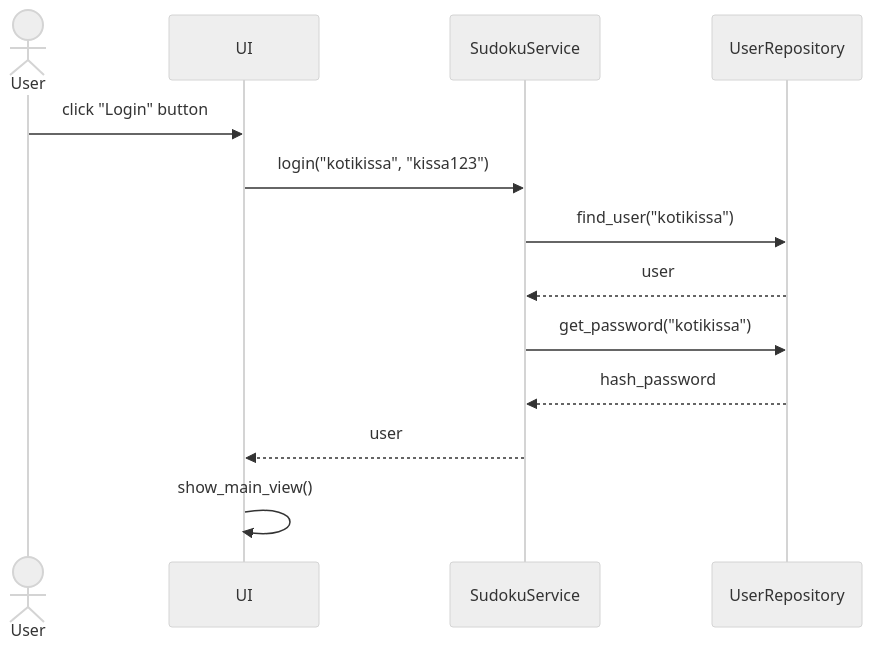
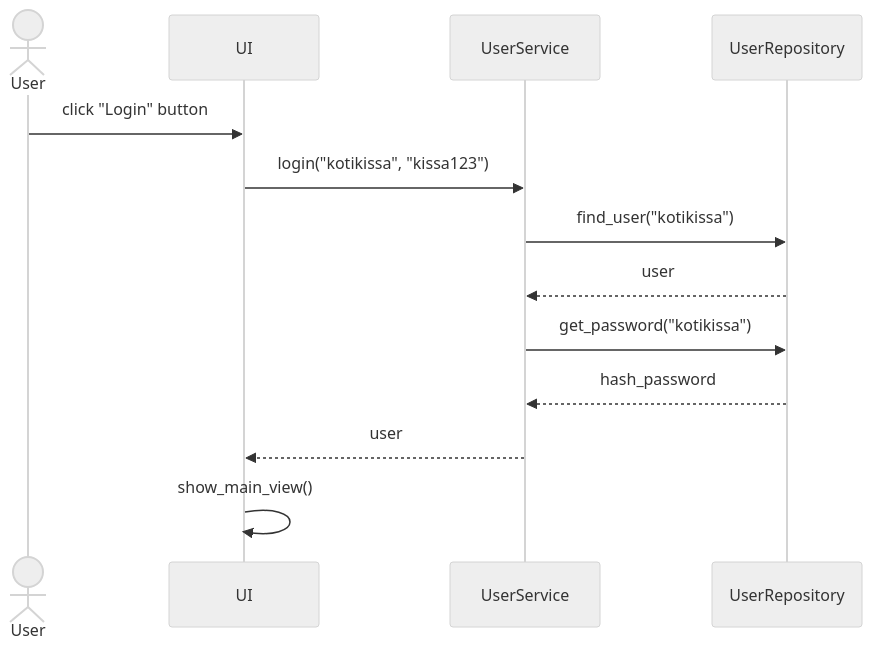
One commit to jnnhan/ot-harjoitustyo changed the third of 6 diagrams in dokumentaatio/arkkitehtuuri.md. Above: the diagram before and after it, drawn with Mermaid (neutral theme). The commit also changed other lines of this file and 5 other files, not shown here.

````diff
--- a/dokumentaatio/arkkitehtuuri.md
+++ b/dokumentaatio/arkkitehtuuri.md
@@ -101,15 +93,15 @@
 ```mermaid
 sequenceDiagram
     actor User
     participant UI
-    participant SudokuService
+    participant UserService
     participant UserRepository
     User->>UI: click "Login" button
-    UI->>SudokuService: login("kotikissa", "kissa123")
-    SudokuService->>UserRepository: find_user("kotikissa")
-    UserRepository-->>SudokuService: user
-    SudokuService->>UserRepository: get_password("kotikissa")
-    UserRepository-->>SudokuService: hash_password
-    SudokuService-->>UI: user
+    UI->>UserService: login("kotikissa", "kissa123")
+    UserService->>UserRepository: find_user("kotikissa")
+    UserRepository-->>UserService: user
+    UserService->>UserRepository: get_password("kotikissa")
+    UserRepository-->>UserService: hash_password
+    UserService-->>UI: user
     UI->>UI: show_main_view()
 ```
````
